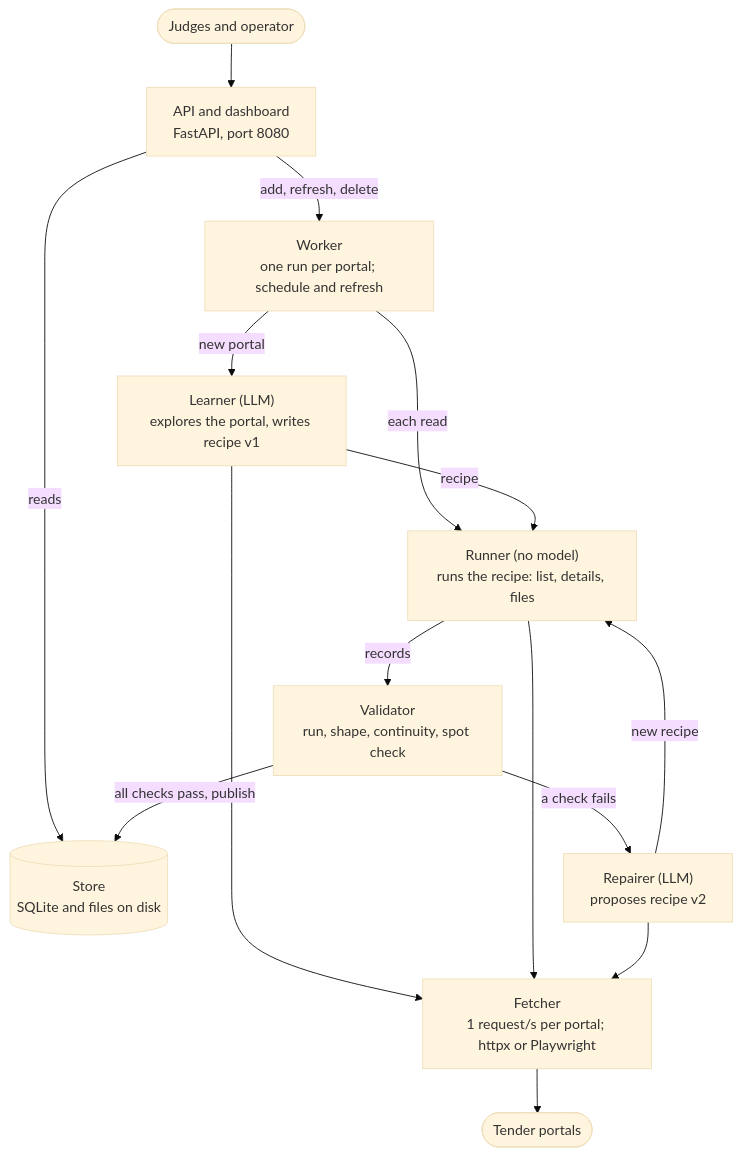
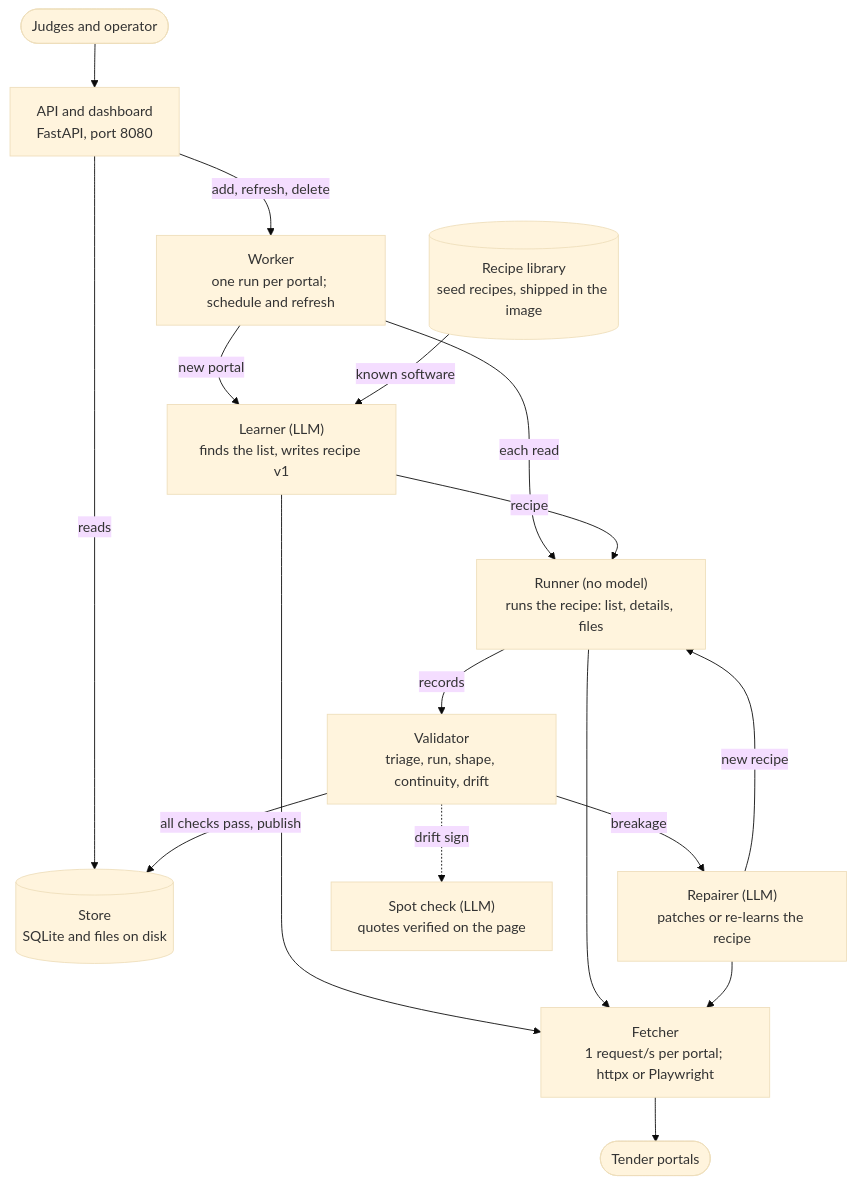
One commit to bariskaban/Self-Healing-Scraper-Agent changed the second of 2 diagrams in DESIGN.md. Above: the diagram before and after it, drawn with Mermaid (base theme). The commit also changed other lines of this file, not shown here.

````diff
--- a/DESIGN.md
+++ b/DESIGN.md
@@ -175,17 +291,19 @@
 ```mermaid
 flowchart TB
     client([Judges and operator]) --> api["API and dashboard<br/>FastAPI, port 8080"]
     api -->|add, refresh, delete| worker["Worker<br/>one run per portal; schedule and refresh"]
     api -->|reads| store[("Store<br/>SQLite and files on disk")]
-    worker -->|new portal| learner["Learner (LLM)<br/>explores the portal, writes recipe v1"]
+    worker -->|new portal| learner["Learner (LLM)<br/>finds the list, writes recipe v1"]
     worker -->|each read| runner["Runner (no model)<br/>runs the recipe: list, details, files"]
+    library[("Recipe library<br/>seed recipes, shipped in the image")] -->|known software| learner
     learner -->|recipe| runner
-    runner -->|records| validator["Validator<br/>run, shape, continuity, spot check"]
+    runner -->|records| validator["Validator<br/>triage, run, shape, continuity, drift"]
     validator -->|all checks pass, publish| store
-    validator -->|a check fails| repairer["Repairer (LLM)<br/>proposes recipe v2"]
+    validator -->|breakage| repairer["Repairer (LLM)<br/>patches or re-learns the recipe"]
+    validator -.->|drift sign| spot["Spot check (LLM)<br/>quotes verified on the page"]
     repairer -->|new recipe| runner
     learner --> fetcher
     runner --> fetcher
     repairer --> fetcher
     fetcher["Fetcher<br/>1 request/s per portal; httpx or Playwright"] --> portals([Tender portals])
 ```
````
